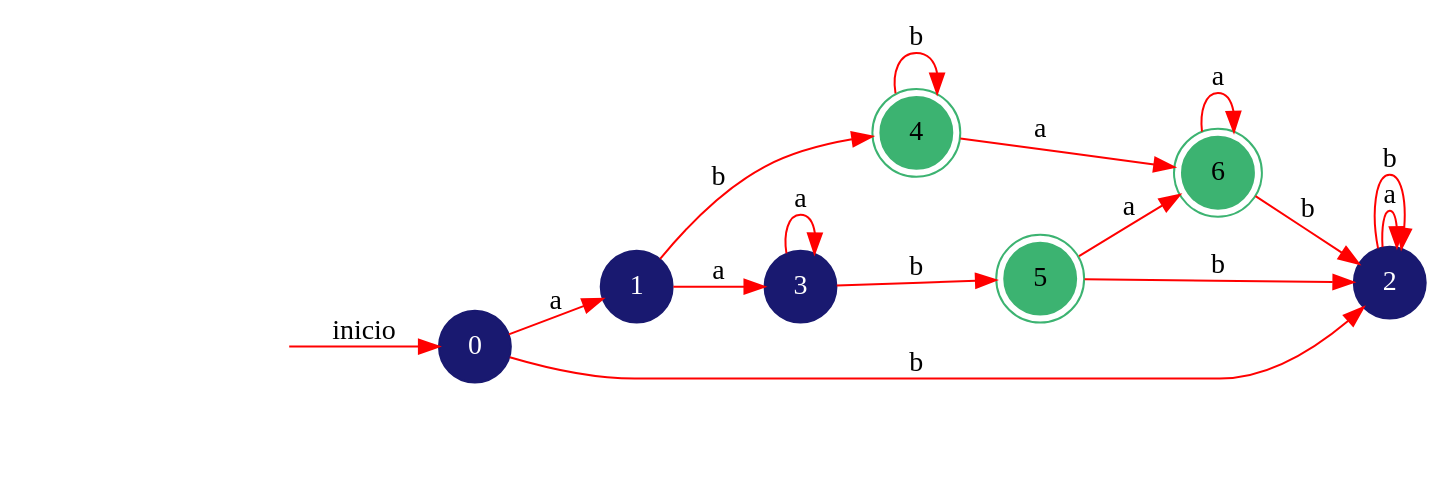
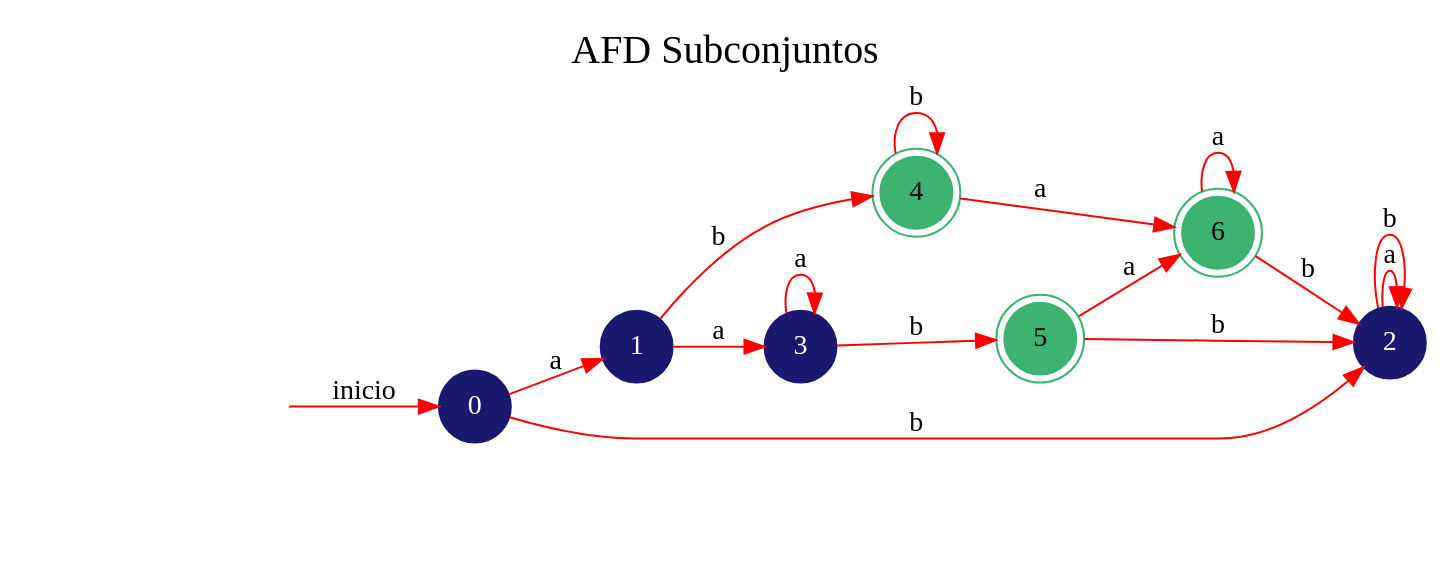
One commit to fcpauldiaz-archive/Automata changed the diagram in GeneracionAutomatas/DOT/AFD Subconjuntos.dot. Above: the diagram before and after it, drawn with Graphviz. The commit also changed 28 other files, not shown here.

```diff
--- a/GeneracionAutomatas/DOT/AFD Subconjuntos.dot
+++ b/GeneracionAutomatas/DOT/AFD Subconjuntos.dot
@@ -1,24 +1,24 @@
 digraph automata_finito {
 	rankdir=LR;
-	size="13,5"
+	graph [label="AFD Subconjuntos", labelloc=t, fontsize=20]; 
 	node [shape=doublecircle, style = filled,color = mediumseagreen]; 4 5 6;
 	node [shape=circle];
 	node [color=midnightblue,fontcolor=white];
 	edge [color=red];
-	 secret_node [style=invis];
+	secret_node [style=invis];
 	secret_node -> 0 [label="inicio"];
 	0 -> 1 [label="a"];
 	0 -> 2 [label="b"];
 	1 -> 3 [label="a"];
 	1 -> 4 [label="b"];
 	2 -> 2 [label="a"];
 	2 -> 2 [label="b"];
 	3 -> 3 [label="a"];
 	3 -> 5 [label="b"];
 	4 -> 6 [label="a"];
 	4 -> 4 [label="b"];
 	5 -> 6 [label="a"];
 	5 -> 2 [label="b"];
 	6 -> 6 [label="a"];
 	6 -> 2 [label="b"];
 }
```
